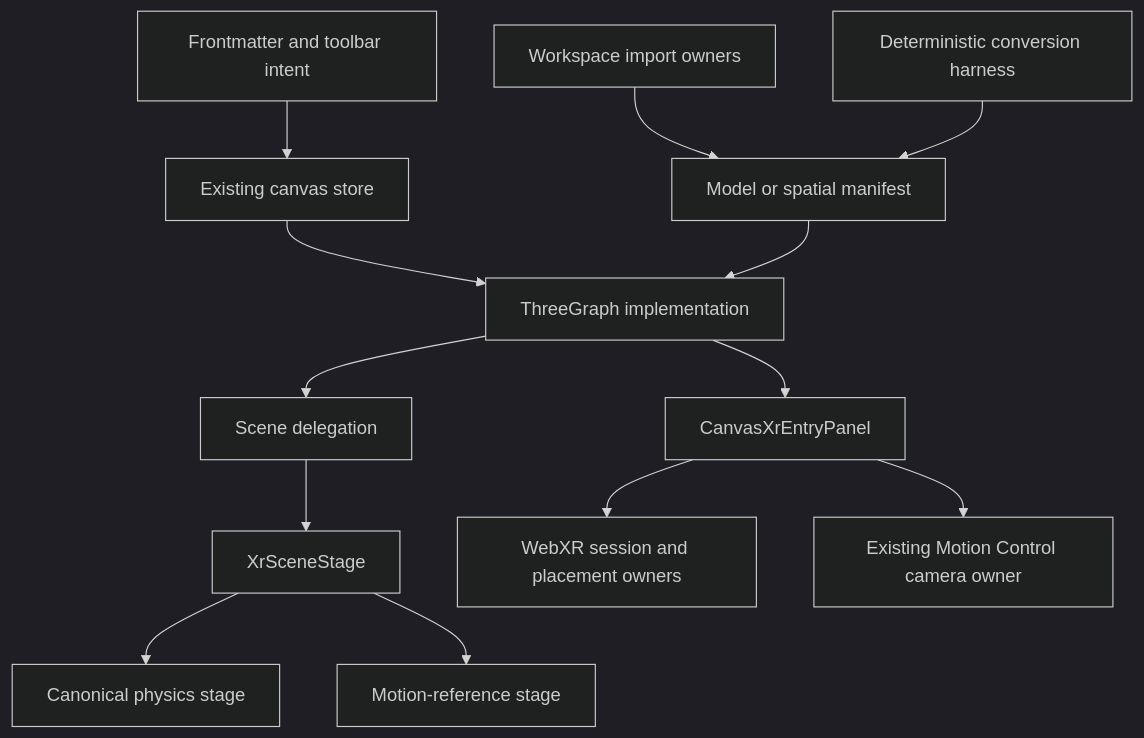
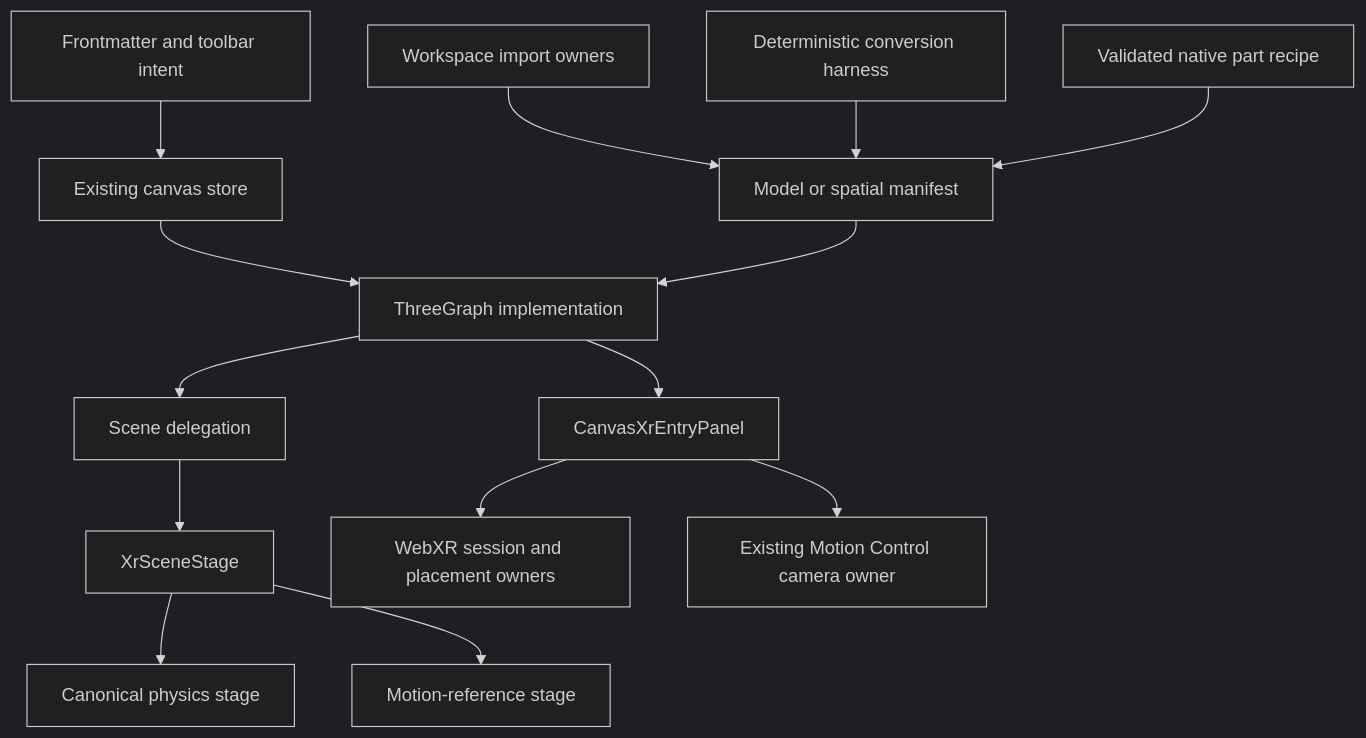
The diagram in docs/documents/agentic-graph-xr-mode-prd-tad-adr-mvp-gtm.md (huijoohwee/agentic-graph), drawn with Mermaid (dark theme) before and after one commit. The commit also changed other lines of this file and 1 other file, not shown here.

First line of the commit message:
Define native XR character and procedural authoring delivery (#1163)

````diff
--- a/docs/documents/agentic-graph-xr-mode-prd-tad-adr-mvp-gtm.md
+++ b/docs/documents/agentic-graph-xr-mode-prd-tad-adr-mvp-gtm.md
@@ -257,15 +264,16 @@
 ```mermaid
 flowchart TD
   F["Frontmatter and toolbar intent"] --> S["Existing canvas store"]
   S --> T["ThreeGraph implementation"]
   T --> C["Scene delegation"]
   C --> X["XrSceneStage"]
   X --> P["Canonical physics stage"]
   X --> M["Motion-reference stage"]
   T --> E["CanvasXrEntryPanel"]
   E --> W["WebXR session and placement owners"]
   E --> K["Existing Motion Control camera owner"]
   I["Workspace import owners"] --> A["Model or spatial manifest"]
   A --> T
   H["Deterministic conversion harness"] --> A
+  R["Validated native part recipe"] --> A
 ```
````
